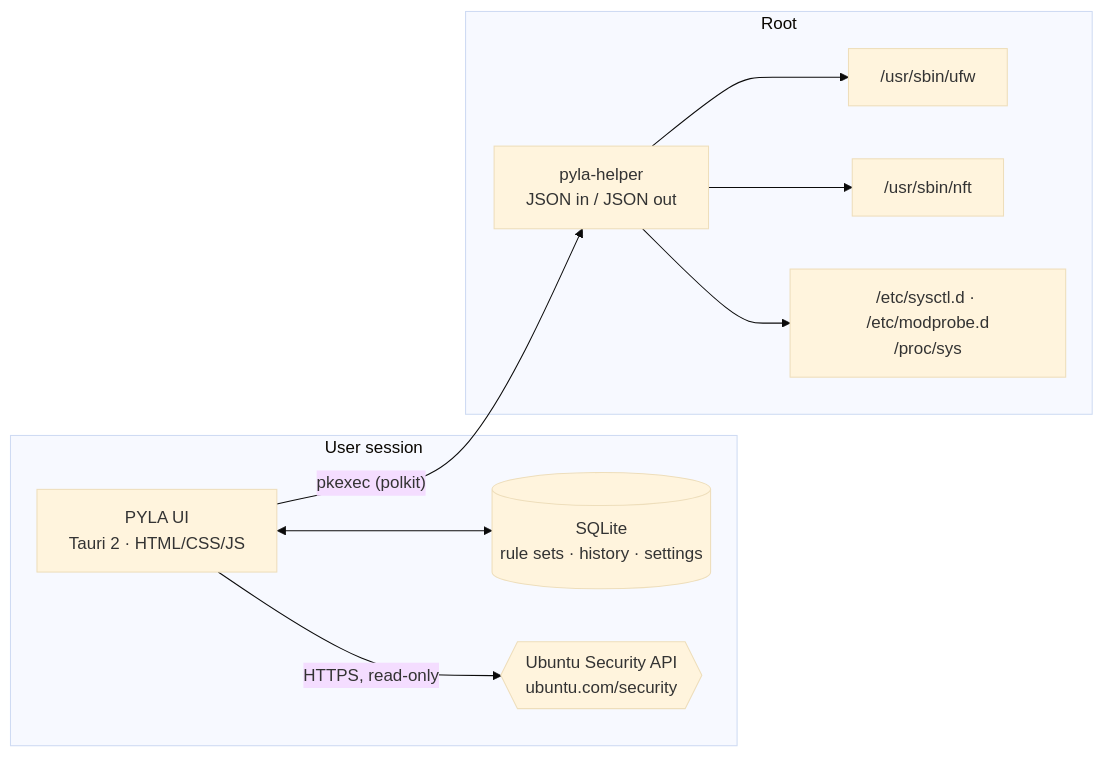
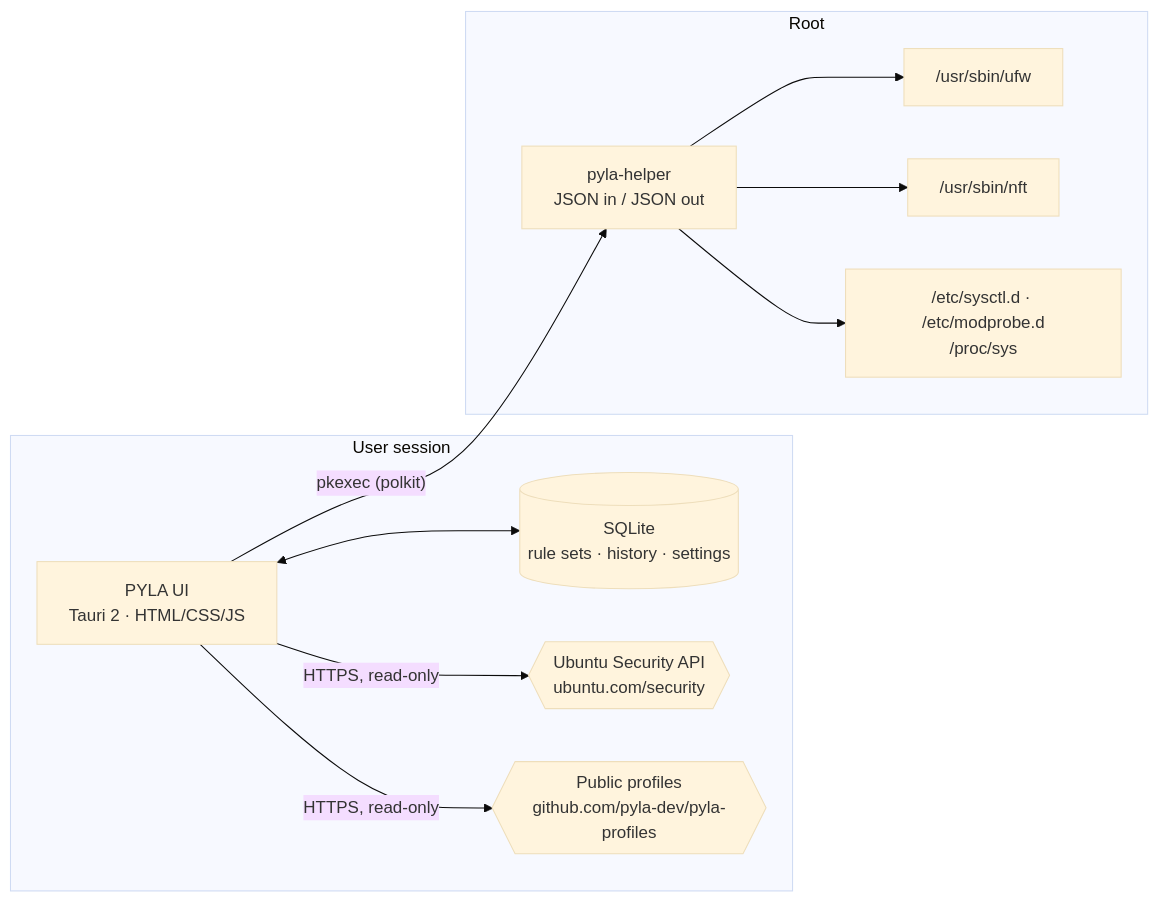
Before and after one commit to pyla-dev/pyla: the diagram in README.md, drawn with Mermaid (base theme). The commit also changed other lines of this file, not shown here.

Commit message:
Snapshot from 19af7c4: PYLA (working tree contents, history not included)

````diff
--- a/README.md
+++ b/README.md
@@ -57,20 +60,22 @@
 ```mermaid
 flowchart LR
     subgraph User session
         UI["PYLA UI<br/>Tauri 2 · HTML/CSS/JS"]
         DB[("SQLite<br/>rule sets · history · settings")]
         API{{"Ubuntu Security API<br/>ubuntu.com/security"}}
+        PROF{{"Public profiles<br/>github.com/pyla-dev/pyla-profiles"}}
     end
     subgraph Root
         H["pyla-helper<br/>JSON in / JSON out"]
         UFW["/usr/sbin/ufw"]
         NFT["/usr/sbin/nft"]
         SYS["/etc/sysctl.d · /etc/modprobe.d<br/>/proc/sys"]
     end
     UI <--> DB
     UI -- HTTPS, read-only --> API
+    UI -- HTTPS, read-only --> PROF
     UI -- "pkexec (polkit)" --> H
     H --> UFW
     H --> NFT
     H --> SYS
 ```
````
